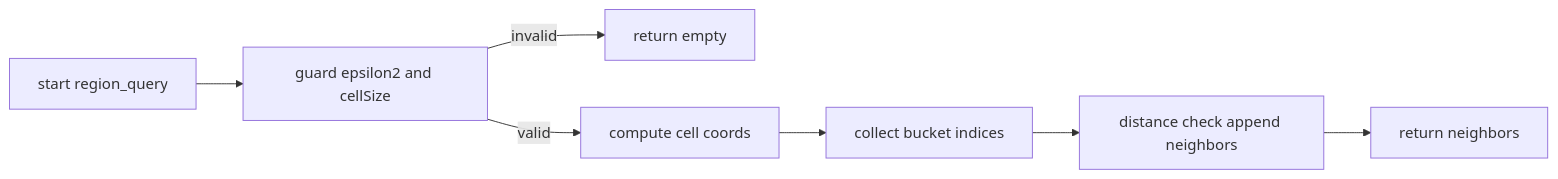
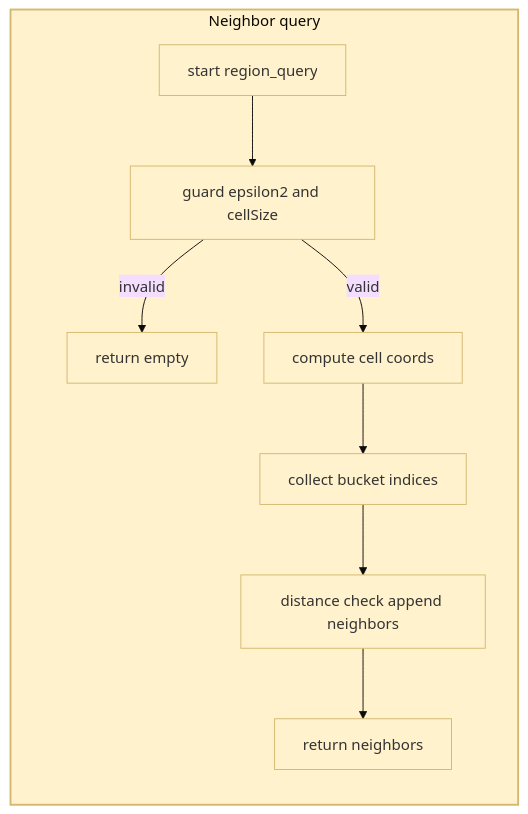
One commit to Gh0st352/AETHR changed the ninth of 12 diagrams in docs/ai/dbscan.md. Above: the diagram before and after it, drawn with Mermaid. The commit also changed other lines of this file and 2 other files, not shown here.

Commit message:
docs: enhance diagrams in README, data_structures, and dbscan with subgraphs, improved styles, and readability adjustments

````diff
--- a/docs/ai/dbscan.md
+++ b/docs/ai/dbscan.md
@@ -108,9 +187,19 @@
 ```mermaid
+%%{init: {"theme":"base"}}%%
 flowchart LR
-  RQ0[start region_query] --> RQ1[guard epsilon2 and cellSize]
-  RQ1 -->|invalid| RQ2[return empty]
-  RQ1 -->|valid| RQ3[compute cell coords]
-  RQ3 --> RQ4[collect bucket indices]
-  RQ4 --> RQ5[distance check append neighbors]
-  RQ5 --> RQ6[return neighbors]
+  subgraph RQUERY [Neighbor query]
+    style RQUERY fill:#fff2cc,stroke:#d4b86f,stroke-width:2px
+    RQ0[start region_query]
+    RQ1[guard epsilon2 and cellSize]
+    RQ2[return empty]
+    RQ3[compute cell coords]
+    RQ4[collect bucket indices]
+    RQ5[distance check append neighbors]
+    RQ6[return neighbors]
+    RQ0 --> RQ1
+    RQ1 -->|invalid| RQ2
+    RQ1 -->|valid| RQ3 --> RQ4 --> RQ5 --> RQ6
+  end
+  classDef rquery fill:#fff2cc,stroke:#d4b86f
+  class RQ0,RQ1,RQ2,RQ3,RQ4,RQ5,RQ6 rquery
 ```
````
